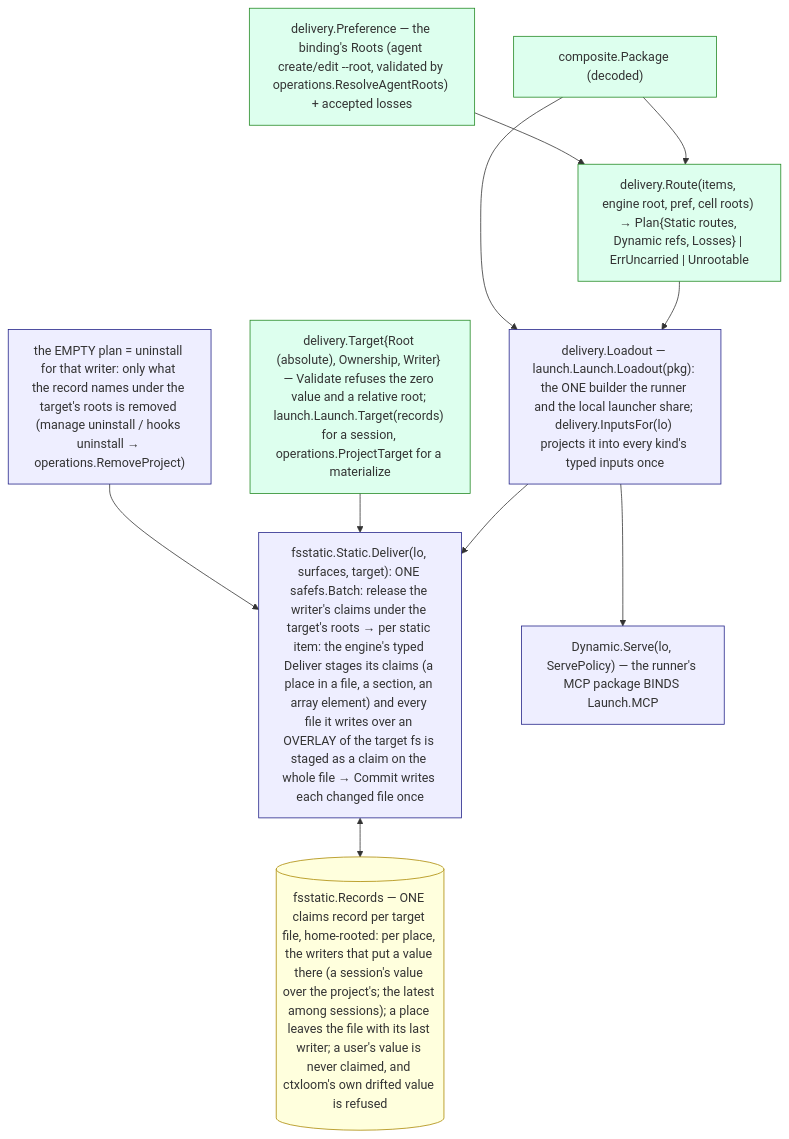
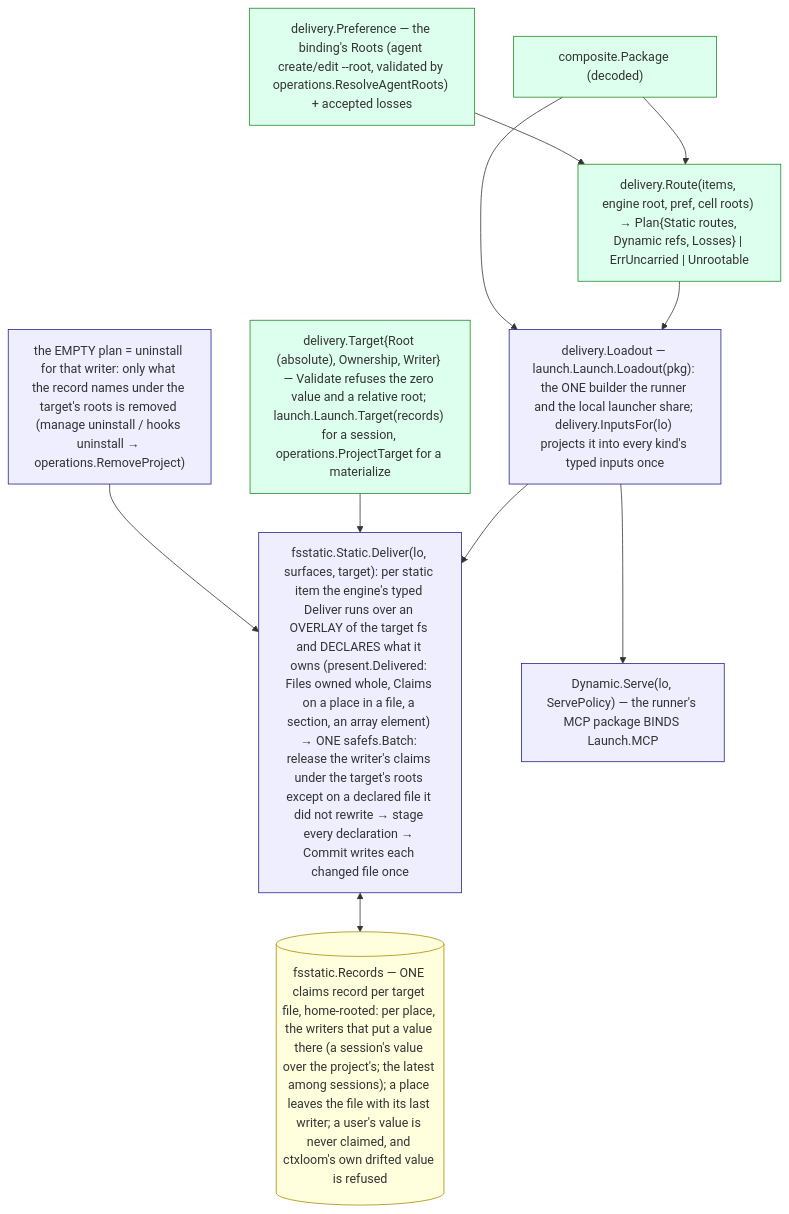
The diagram in docs/architecture/core/delivery.md (ctxloom/ctxloom), drawn with Mermaid before and after one commit. The commit also changed other lines of this file and 3 other files, not shown here.

````diff
--- a/docs/architecture/core/delivery.md
+++ b/docs/architecture/core/delivery.md
@@ -12,26 +12,26 @@
 ```mermaid
 flowchart TB
     classDef decide fill:#dfe,stroke:#282
     classDef consume fill:#eef,stroke:#228
     classDef store fill:#ffd,stroke:#a80
 
     PKG["composite.Package (decoded)"]:::decide
     PREF["delivery.Preference — the binding's Roots (agent create/edit --root, validated by operations.ResolveAgentRoots) + accepted losses"]:::decide
     ROUTE["delivery.Route(items, engine root, pref, cell roots) → Plan{Static routes, Dynamic refs, Losses} | ErrUncarried | Unrootable"]:::decide
     LO["delivery.Loadout — launch.Launch.Loadout(pkg): the ONE builder the runner and the local launcher share; delivery.InputsFor(lo) projects it into every kind's typed inputs once"]:::consume
     TGT["delivery.Target{Root (absolute), Ownership, Writer} — Validate refuses the zero value and a relative root; launch.Launch.Target(records) for a session, operations.ProjectTarget for a materialize"]:::decide
-    STATIC["fsstatic.Static.Deliver(lo, surfaces, target): ONE safefs.Batch: release the writer's claims under the target's roots → per static item: the engine's typed Deliver stages its claims (a place in a file, a section, an array element) and every file it writes over an OVERLAY of the target fs is staged as a claim on the whole file → Commit writes each changed file once"]:::consume
+    STATIC["fsstatic.Static.Deliver(lo, surfaces, target): per static item the engine's typed Deliver runs over an OVERLAY of the target fs and DECLARES what it owns (present.Delivered: Files owned whole, Claims on a place in a file, a section, an array element) → ONE safefs.Batch: release the writer's claims under the target's roots except on a declared file it did not rewrite → stage every declaration → Commit writes each changed file once"]:::consume
     REC[("fsstatic.Records — ONE claims record per target file, home-rooted: per place, the writers that put a value there (a session's value over the project's; the latest among sessions); a place leaves the file with its last writer; a user's value is never claimed, and ctxloom's own drifted value is refused")]:::store
     DYN["Dynamic.Serve(lo, ServePolicy) — the runner's MCP package BINDS Launch.MCP"]:::consume
     EMPTY["the EMPTY plan = uninstall for that writer: only what the record names under the target's roots is removed (manage uninstall / hooks uninstall → operations.RemoveProject)"]:::consume
 
     PKG --> ROUTE
     PREF --> ROUTE
     ROUTE --> LO
     PKG --> LO
     LO --> STATIC
     TGT --> STATIC
     STATIC <--> REC
     LO --> DYN
     EMPTY --> STATIC
 ```
````
